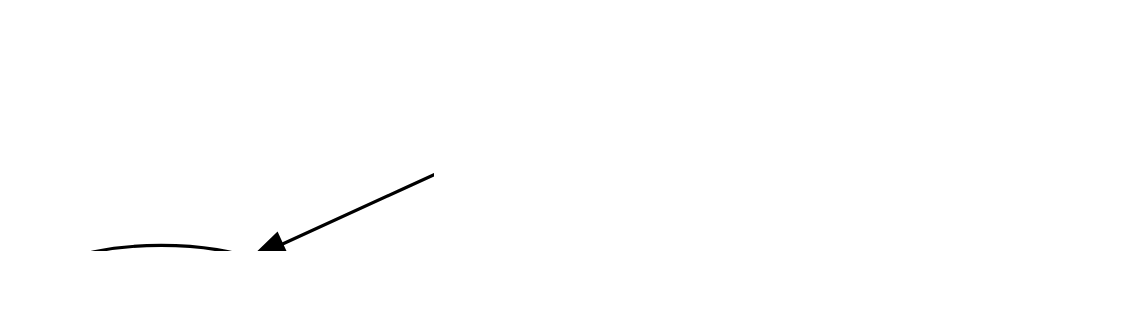
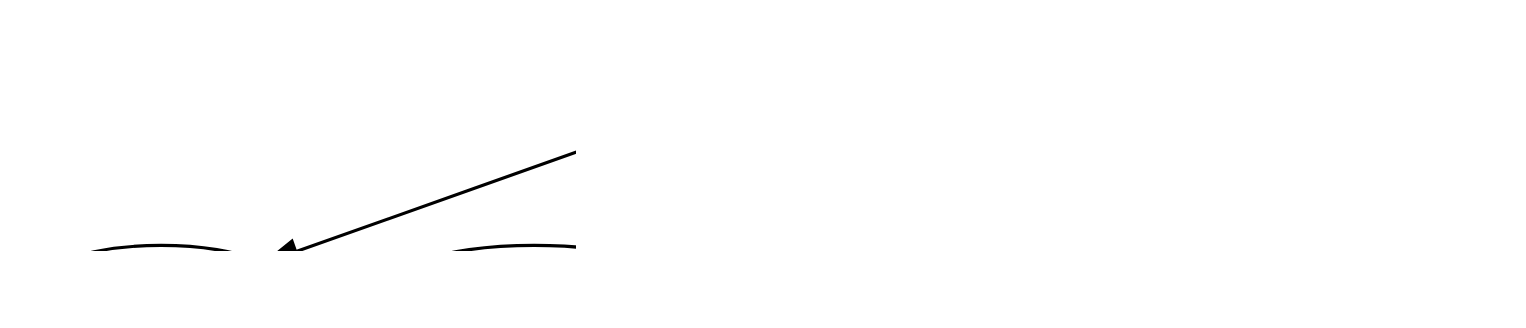
The diagram in docs/index.rst (Serapieum-of-alex/pyramids), drawn with Graphviz before and after one commit. The commit also changed other lines of this file, not shown here.

Commit message:
correct index datacube name in the index

```diff
--- a/docs/index.rst
+++ b/docs/index.rst
@@ -83,6 +83,7 @@
 .. digraph:: Linking
 
     pyramids -> dataset;
+    pyramids -> datacube;
     pyramids -> featurecollection;
     pyramids -> dem;
     dpi=200;
```
